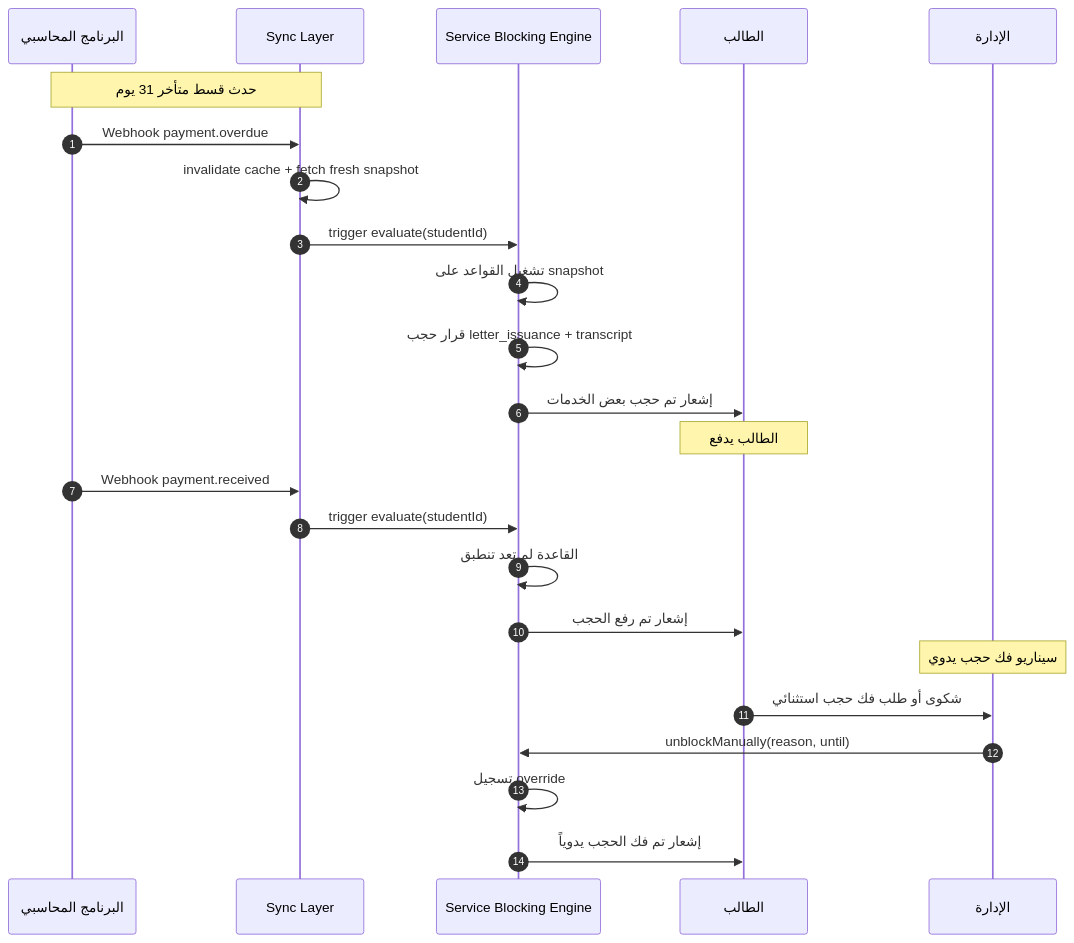
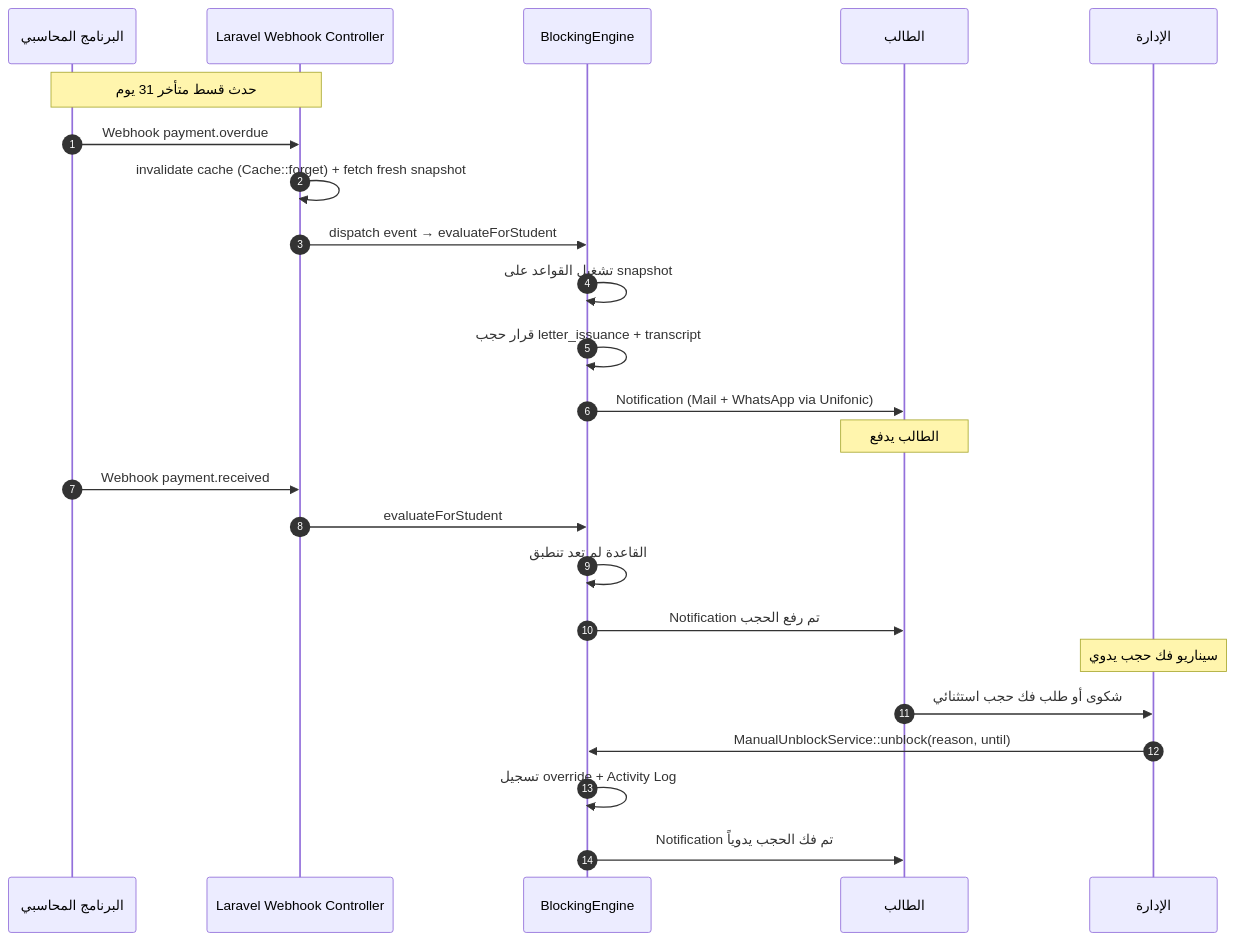
One commit to alharbib902-del/technical-handover changed diagram 12 of 18 in مسودات-الوكلاء/الجزء-02-الموديولات-والمنطق-التجاري.md. Above: the diagram before and after it, drawn with Mermaid. The commit also changed other lines of this file and 22 other files, not shown here.

````diff
--- a/مسودات-الوكلاء/الجزء-02-الموديولات-والمنطق-التجاري.md
+++ b/مسودات-الوكلاء/الجزء-02-الموديولات-والمنطق-التجاري.md
@@ -2726,28 +3439,29 @@
 ```mermaid
 sequenceDiagram
     autonumber
     participant ACC as البرنامج المحاسبي
-    participant SYNC as Sync Layer
-    participant SBE as Service Blocking Engine
+    participant SYNC as Laravel Webhook Controller
+    participant SBE as BlockingEngine
     participant STU as الطالب
     participant ADM as الإدارة
 
     Note over ACC,SYNC: حدث قسط متأخر 31 يوم
     ACC->>SYNC: Webhook payment.overdue
-    SYNC->>SYNC: invalidate cache + fetch fresh snapshot
-    SYNC->>SBE: trigger evaluate(studentId)
+    SYNC->>SYNC: invalidate cache (Cache::forget) + fetch fresh snapshot
+    SYNC->>SBE: dispatch event → evaluateForStudent
     SBE->>SBE: تشغيل القواعد على snapshot
     SBE->>SBE: قرار حجب letter_issuance + transcript
-    SBE->>STU: إشعار تم حجب بعض الخدمات
+    SBE->>STU: Notification (Mail + WhatsApp via Unifonic)
+
     Note over STU: الطالب يدفع
     ACC->>SYNC: Webhook payment.received
-    SYNC->>SBE: trigger evaluate(studentId)
+    SYNC->>SBE: evaluateForStudent
     SBE->>SBE: القاعدة لم تعد تنطبق
-    SBE->>STU: إشعار تم رفع الحجب
+    SBE->>STU: Notification تم رفع الحجب
 
     Note over ADM: سيناريو فك حجب يدوي
     STU->>ADM: شكوى أو طلب فك حجب استثنائي
-    ADM->>SBE: unblockManually(reason, until)
-    SBE->>SBE: تسجيل override
-    SBE->>STU: إشعار تم فك الحجب يدوياً
+    ADM->>SBE: ManualUnblockService::unblock(reason, until)
+    SBE->>SBE: تسجيل override + Activity Log
+    SBE->>STU: Notification تم فك الحجب يدوياً
 ```
````
